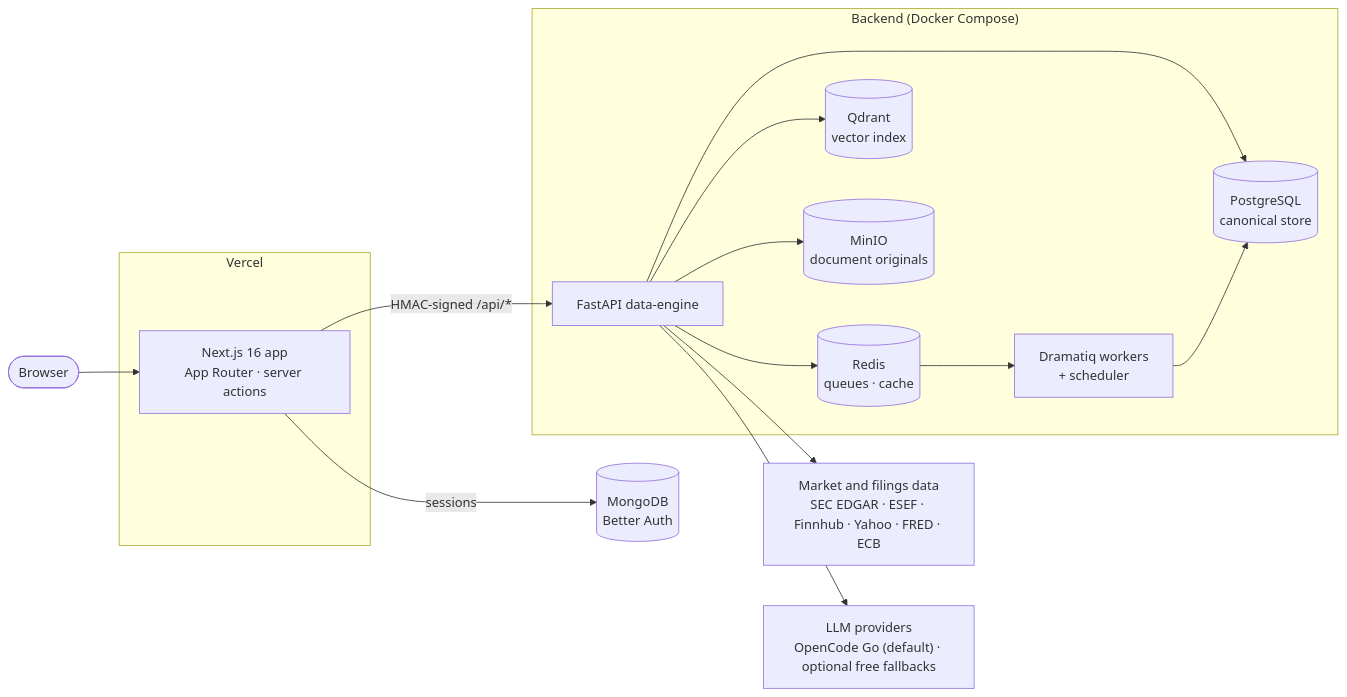
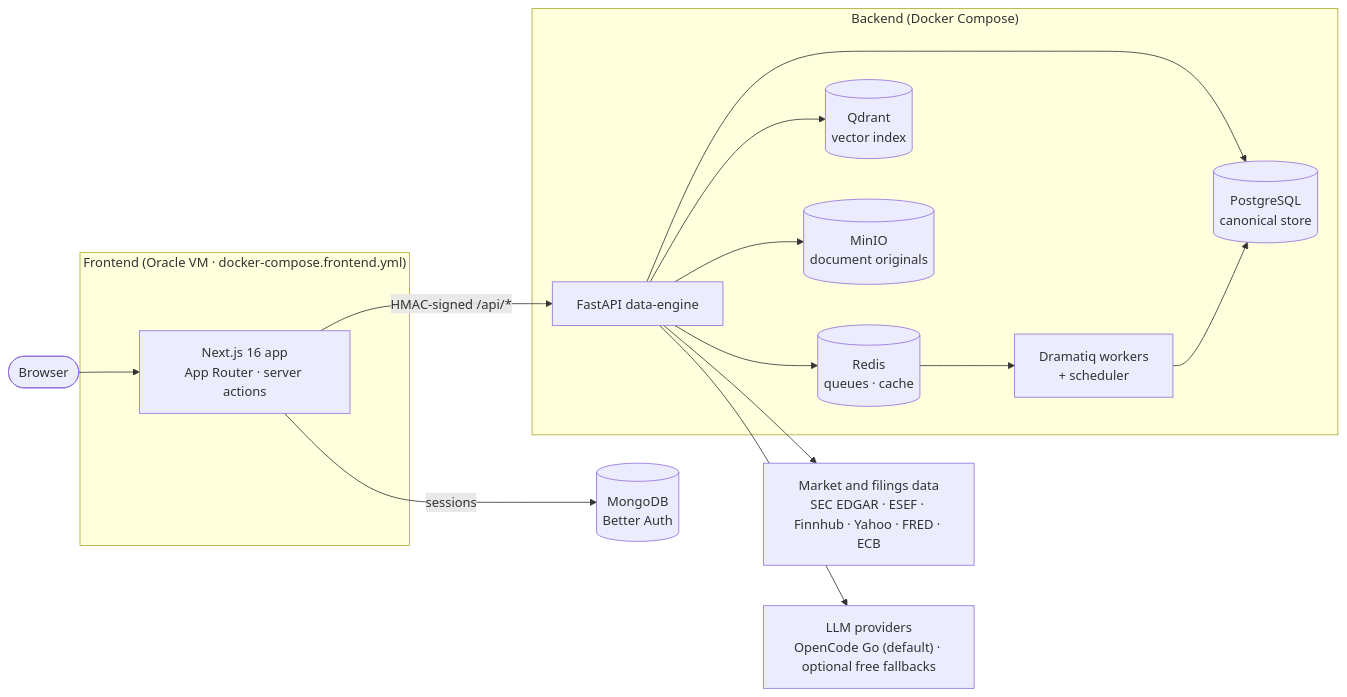
Before and after one commit to nicogarrr/GerarAI: the diagram in README.md, drawn with Mermaid. The commit also changed other lines of this file and 3 other files, not shown here.

First line of the commit message:
docs: el frontend de produccion se sirve desde la VM (docker-compose.frontend.yml); Vercel queda como respaldo

````diff
--- a/README.md
+++ b/README.md
@@ -153,29 +153,29 @@
 ```mermaid
 flowchart LR
     U([Browser]) --> FE
 
-    subgraph Vercel
+    subgraph Frontend["Frontend (Oracle VM · docker-compose.frontend.yml)"]
         FE["Next.js 16 app<br/>App Router · server actions"]
     end
 
     FE -- "sessions" --> MDB[(MongoDB<br/>Better Auth)]
     FE -- "HMAC-signed /api/*" --> API
 
     subgraph Backend["Backend (Docker Compose)"]
         API["FastAPI data-engine"]
         WK["Dramatiq workers<br/>+ scheduler"]
         PG[(PostgreSQL<br/>canonical store)]
         RD[(Redis<br/>queues · cache)]
         QD[(Qdrant<br/>vector index)]
         MN[(MinIO<br/>document originals)]
         API --> PG
         API --> RD
         API --> QD
         API --> MN
         RD --> WK
         WK --> PG
     end
 
     API --> DP["Market and filings data<br/>SEC EDGAR · ESEF · Finnhub · Yahoo · FRED · ECB"]
     API --> LLM["LLM providers<br/>OpenCode Go (default) · optional free fallbacks"]
 ```
````
